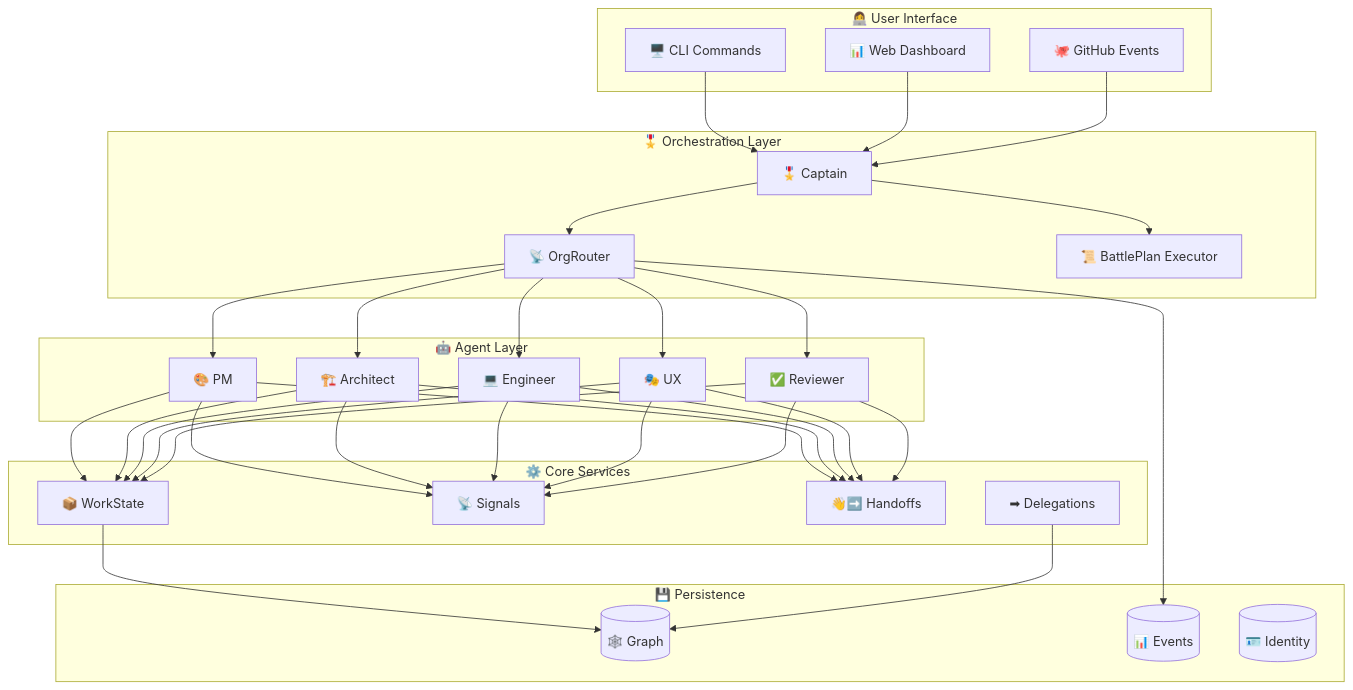
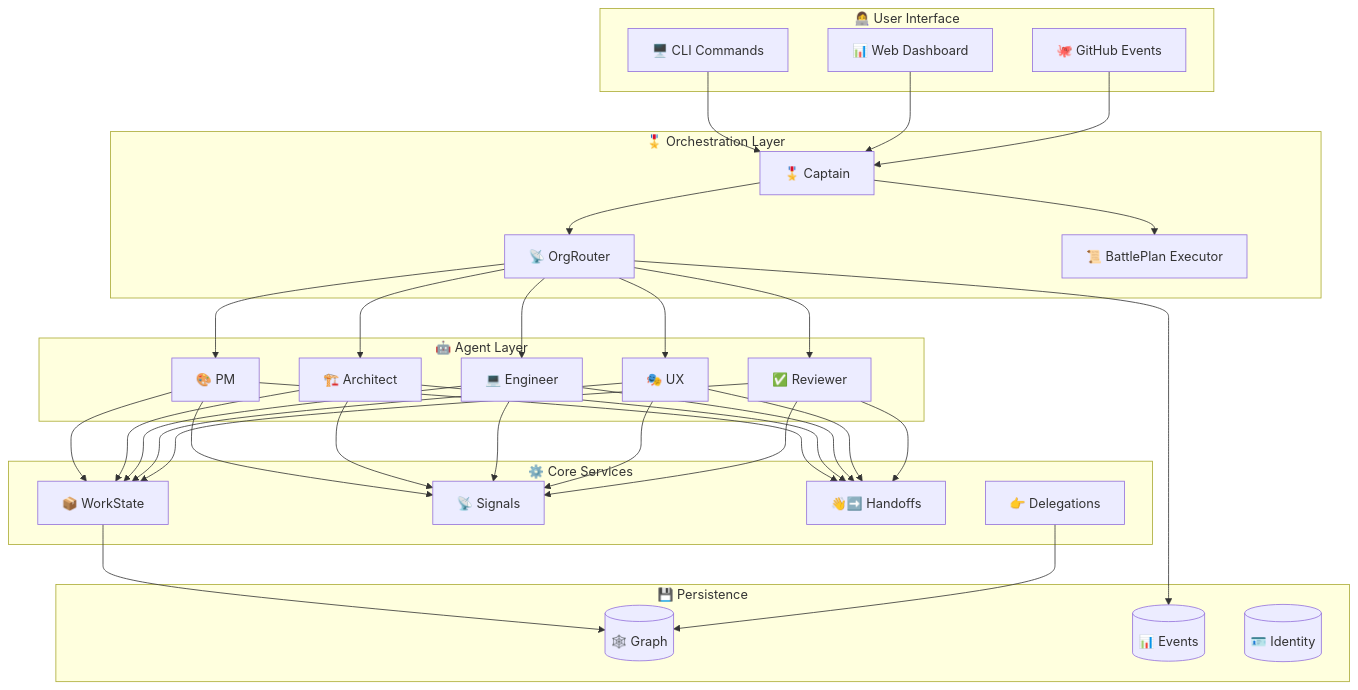
Before and after one commit to jnPiyush/AI-Squad: the seventh of 7 diagrams in README.md, drawn with Mermaid. The commit also changed other lines of this file, not shown here.

````diff
--- a/README.md
+++ b/README.md
@@ -530,43 +530,43 @@
 ```mermaid
 graph TB
     subgraph "👩‍💻 User Interface"
         CLI["🖥️ CLI Commands"]
         Dashboard["📊 Web Dashboard"]
         GH["🐙 GitHub Events"]
     end
     
     subgraph "🎖️ Orchestration Layer"
         Captain["🎖️ Captain"]
         Router["📡 OrgRouter"]
         BPE["📜 BattlePlan Executor"]
     end
     
     subgraph "🤖 Agent Layer"
         PM["🎨 PM"]
         Arch["🏗️ Architect"]
         Eng["💻 Engineer"]
         UX["🎭 UX"]
         Rev["✅ Reviewer"]
     end
     
     subgraph "⚙️ Core Services"
         WS["📦 WorkState"]
         Signal["📡 Signals"]
         Handoff["👋➡️ Handoffs"]
-        Del["➡ Delegations"]
+        Del["👉 Delegations"]
     end
     
     subgraph "💾 Persistence"
         Graph[("🕸️ Graph")]
         Events[("📊 Events")]
         Identity[("🪪 Identity")]
     end
     
     CLI & Dashboard & GH --> Captain
     Captain --> Router --> PM & Arch & Eng & UX & Rev
     Captain --> BPE
     PM & Arch & Eng & UX & Rev --> WS & Signal & Handoff
     WS --> Graph
     Del --> Graph
     Router --> Events
 ```
````
